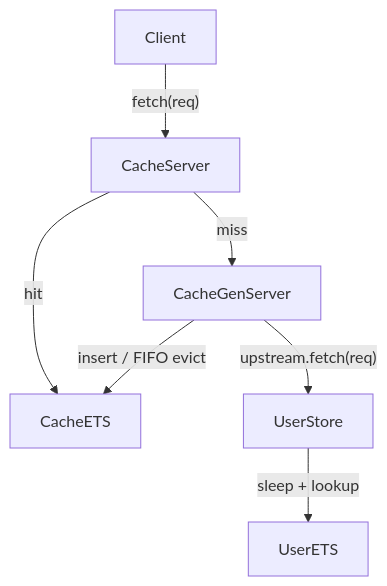
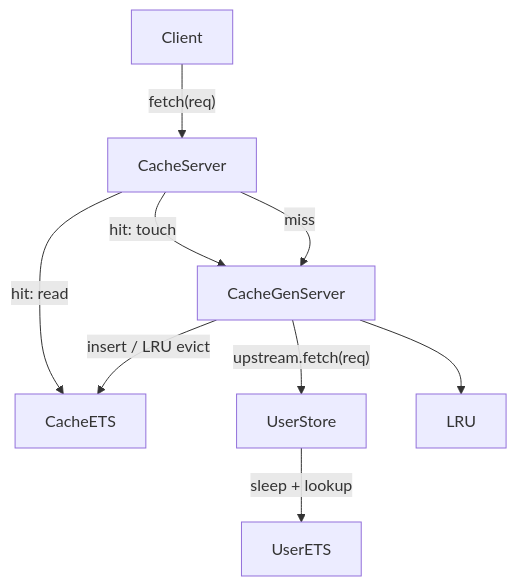
The first of 2 diagrams in docs/architecture.md (muzamilarshad/appwork_cache), drawn with Mermaid before and after one commit. The commit also changed other lines of this file and 1 other file, not shown here.

Commit message:
docs(v2): update architecture diagram and README

````diff
--- a/docs/architecture.md
+++ b/docs/architecture.md
@@ -5,9 +5,11 @@
 ```mermaid
 flowchart TB
   Client -->|"fetch(req)"| CacheServer
-  CacheServer -->|"hit"| CacheETS
+  CacheServer -->|"hit: read"| CacheETS
+  CacheServer -->|"hit: touch"| CacheGenServer
   CacheServer -->|"miss"| CacheGenServer
   CacheGenServer -->|"upstream.fetch(req)"| UserStore
   UserStore -->|"sleep + lookup"| UserETS
-  CacheGenServer -->|"insert / FIFO evict"| CacheETS
+  CacheGenServer -->|"insert / LRU evict"| CacheETS
+  CacheGenServer --> LRU
 ```
````
